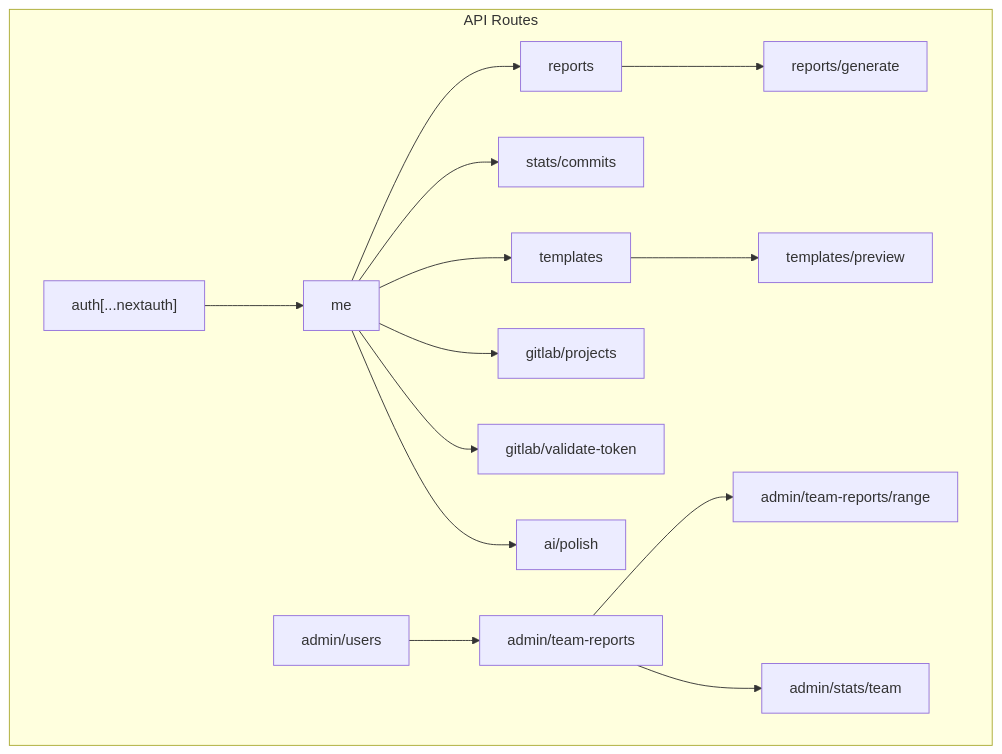
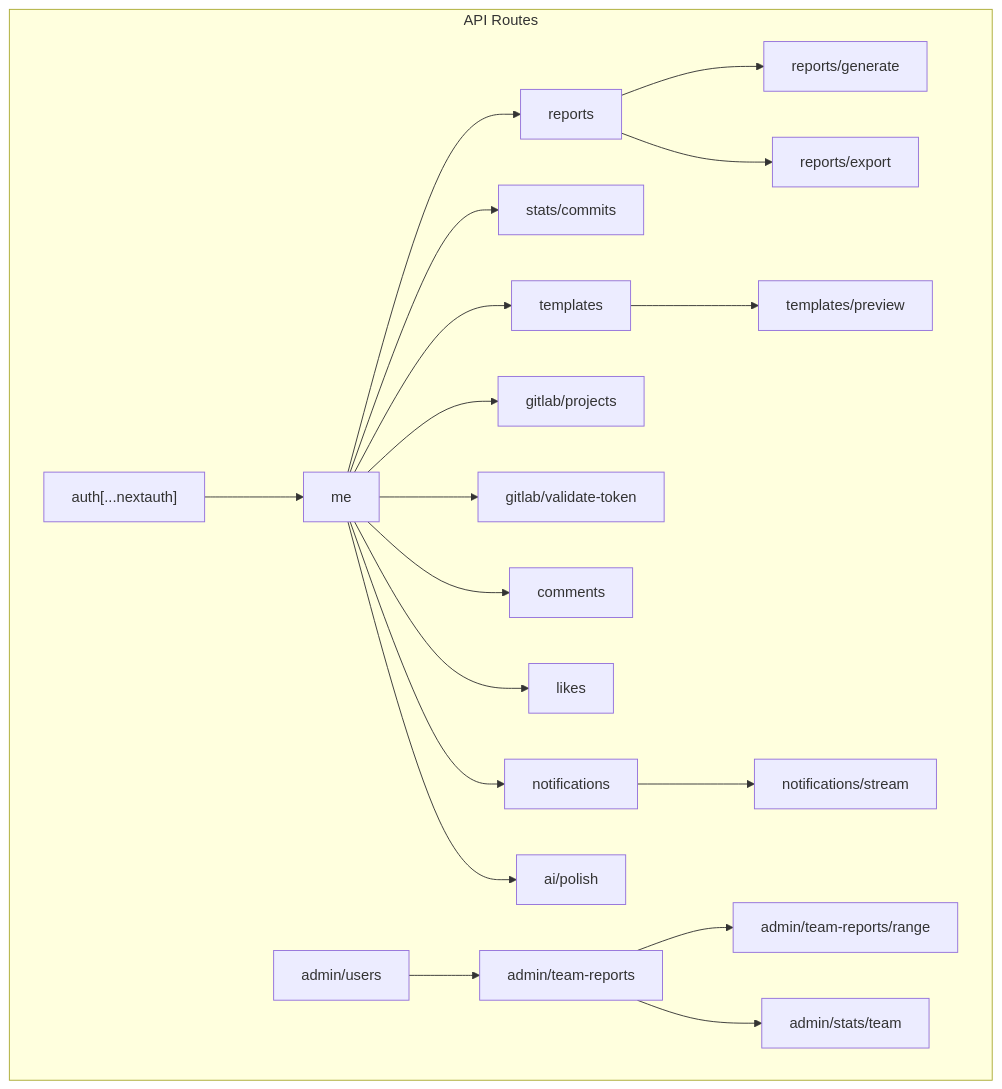
Before and after one commit to jrj444/git-daily: the first of 3 diagrams in .qoder/repowiki/en/content/API Reference/API Reference.md, drawn with Mermaid. The commit also changed other lines of this file and 12 other files, not shown here.

````diff
--- a/.qoder/repowiki/en/content/API Reference/API Reference.md
+++ b/.qoder/repowiki/en/content/API Reference/API Reference.md
@@ -65,31 +70,41 @@
 ```mermaid
 graph TB
 subgraph "API Routes"
 AUTH["auth[...nextauth]"]
 ME["me"]
 REPORTS["reports"]
 REPORTS_GEN["reports/generate"]
+REPORTS_EXPORT["reports/export"]
 STATS_COMMITS["stats/commits"]
 TEMPLATES["templates"]
 TEMPLATES_PREVIEW["templates/preview"]
 GITLAB_PROJ["gitlab/projects"]
 GITLAB_VALIDATE["gitlab/validate-token"]
+COMMENTS["comments"]
+LIKES["likes"]
+NOTIFICATIONS["notifications"]
+NOTIFICATIONS_STREAM["notifications/stream"]
 ADMIN_USERS["admin/users"]
 ADMIN_TEAM["admin/team-reports"]
 ADMIN_TEAM_RANGE["admin/team-reports/range"]
 ADMIN_TEAM_STATS["admin/stats/team"]
 AI_POLISH["ai/polish"]
 end
 AUTH --> ME
 ME --> REPORTS
 REPORTS --> REPORTS_GEN
+REPORTS --> REPORTS_EXPORT
 ME --> STATS_COMMITS
 ME --> TEMPLATES
 TEMPLATES --> TEMPLATES_PREVIEW
 ME --> GITLAB_PROJ
 ME --> GITLAB_VALIDATE
+ME --> COMMENTS
+ME --> LIKES
+ME --> NOTIFICATIONS
+NOTIFICATIONS --> NOTIFICATIONS_STREAM
 ADMIN_USERS --> ADMIN_TEAM
 ADMIN_TEAM --> ADMIN_TEAM_RANGE
 ADMIN_TEAM --> ADMIN_TEAM_STATS
 ME --> AI_POLISH
 ```
````
